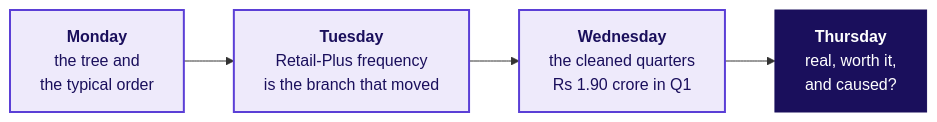
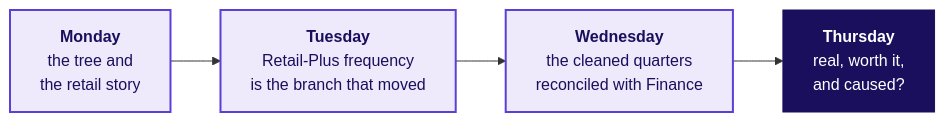
One commit to fde-academy-lab/c2-content-factory changed the second of 32 diagrams in content/W01/D4/slides/C2_W01_D04_half1_STUDENT.md. Above: the diagram before and after it, drawn with Mermaid. The commit also changed other lines of this file and 13 other files, not shown here.

````diff
--- a/content/W01/D4/slides/C2_W01_D04_half1_STUDENT.md
+++ b/content/W01/D4/slides/C2_W01_D04_half1_STUDENT.md
@@ -120,10 +110,10 @@
 ```mermaid
 flowchart LR
-    M["<b>Monday</b><br/>the tree and<br/>the typical order"] --> T["<b>Tuesday</b><br/>Retail-Plus frequency<br/>is the branch that moved"]
-    T --> W["<b>Wednesday</b><br/>the cleaned quarters<br/>Rs 1.90 crore in Q1"]
+    M["<b>Monday</b><br/>the tree and<br/>the retail story"] --> T["<b>Tuesday</b><br/>Retail-Plus frequency<br/>is the branch that moved"]
+    T --> W["<b>Wednesday</b><br/>the cleaned quarters<br/>reconciled with Finance"]
     W --> R["<b>Thursday</b><br/>real, worth it,<br/>and caused?"]
     classDef known fill:#EEEAFB,stroke:#5B3FD6,color:#1A0F5C,stroke-width:2px
     classDef bet fill:#1A0F5C,stroke:#1A0F5C,color:#FFFFFF
     class M,T,W known
     class R bet
 ```
````
